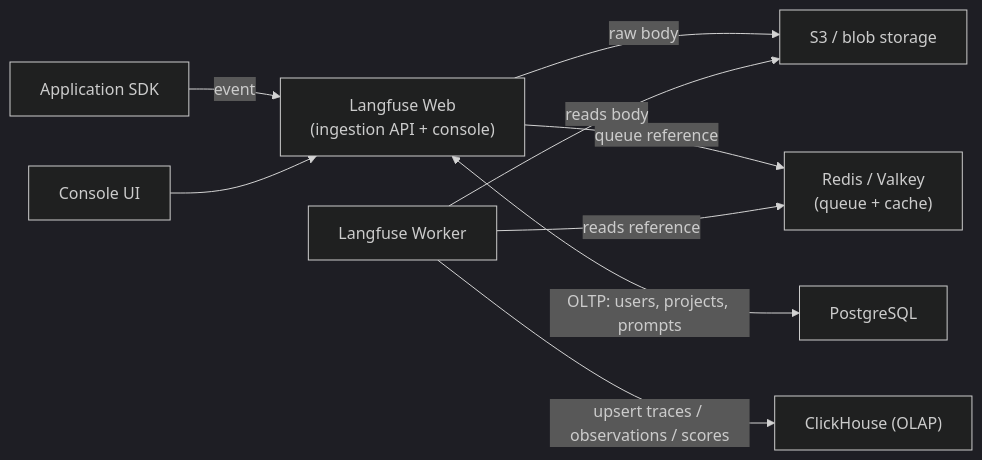
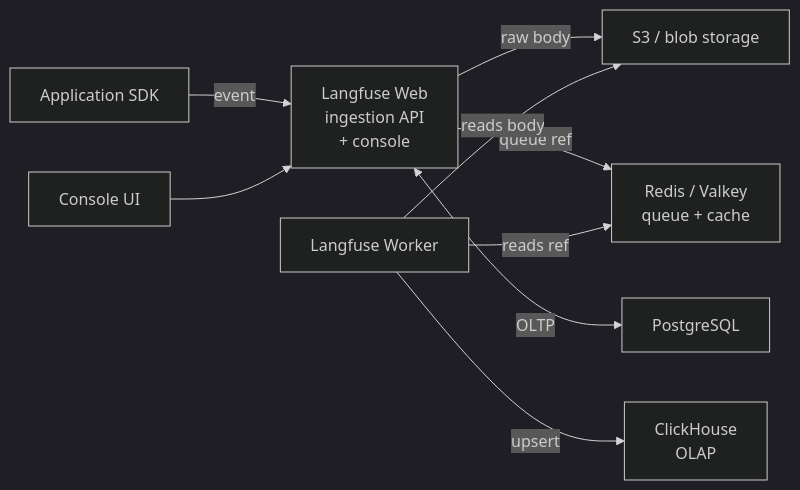
The first of 2 diagrams in docs/part-3-production/tooling-ecosystem/deep-dive.md (NikolaiSachok/ai-engineering-handbook), drawn with Mermaid (dark theme) before and after one commit. The commit also changed other lines of this file and 75 other files, not shown here.

First line of the commit message:
fix(diagrams): re-author wide diagrams, and measure the three locales the gate never saw (#441)

````diff
--- a/docs/part-3-production/tooling-ecosystem/deep-dive.md
+++ b/docs/part-3-production/tooling-ecosystem/deep-dive.md
@@ -37,11 +37,11 @@
 ```mermaid
 flowchart LR
-    SDK["Application SDK"] -- "event" --> WEB["Langfuse Web<br/>(ingestion API + console)"]
+    SDK["Application SDK"] -- "event" --> WEB["Langfuse Web<br/>ingestion API<br/>+ console"]
     WEB -- "raw body" --> S3["S3 / blob storage"]
-    WEB -- "queue reference" --> REDIS["Redis / Valkey<br/>(queue + cache)"]
-    WEB <-- "OLTP: users, projects, prompts" --> PG["PostgreSQL"]
-    WORKER["Langfuse Worker"] -- "reads reference" --> REDIS
+    WEB -- "queue ref" --> REDIS["Redis / Valkey<br/>queue + cache"]
+    WEB <-- "OLTP" --> PG["PostgreSQL"]
+    WORKER["Langfuse Worker"] -- "reads ref" --> REDIS
     WORKER -- "reads body" --> S3
-    WORKER -- "upsert traces / observations / scores" --> CH["ClickHouse (OLAP)"]
+    WORKER -- "upsert" --> CH["ClickHouse<br/>OLAP"]
     UI["Console UI"] --> WEB
 ```
````
